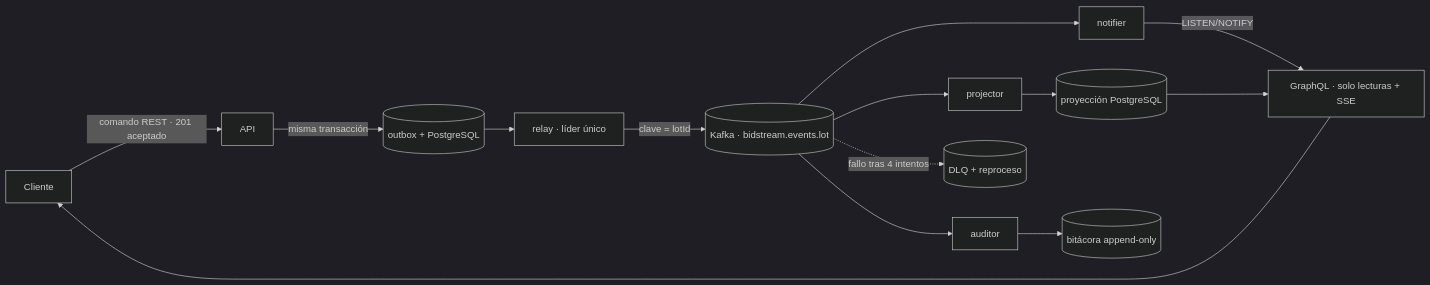
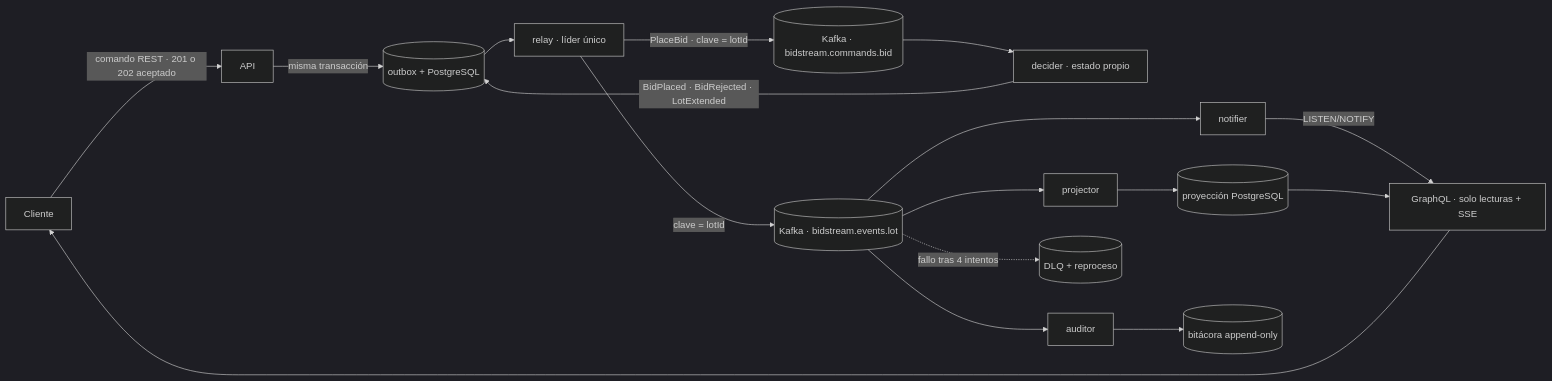
Before and after one commit to franz-yapu/bidstream: the diagram in README.md, drawn with Mermaid (dark theme). The commit also changed other lines of this file and 72 other files, not shown here.

````diff
--- a/README.md
+++ b/README.md
@@ -18,16 +18,19 @@
 ```mermaid
 flowchart LR
-  C[Cliente] -->|comando REST · 201 aceptado| API
+  C[Cliente] -->|comando REST · 201 o 202 aceptado| API
   API -->|misma transacción| OUT[(outbox + PostgreSQL)]
   OUT --> RELAY[relay · líder único]
+  RELAY -->|PlaceBid · clave = lotId| KC[(Kafka · bidstream.commands.bid)]
+  KC --> DEC[decider · estado propio]
+  DEC -->|BidPlaced · BidRejected · LotExtended| OUT
   RELAY -->|clave = lotId| K[(Kafka · bidstream.events.lot)]
   K --> PROJ[projector]
   K --> NOT[notifier]
   K --> AUD[auditor]
   PROJ --> DB[(proyección PostgreSQL)]
   NOT -->|LISTEN/NOTIFY| GQL
   AUD --> LOG[(bitácora append-only)]
   DB --> GQL[GraphQL · solo lecturas + SSE]
   GQL --> C
   K -. fallo tras 4 intentos .-> DLQ[(DLQ + reproceso)]
 ```
````
